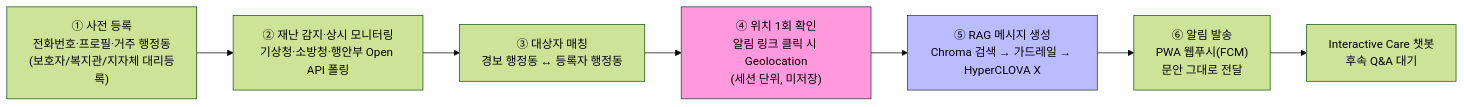
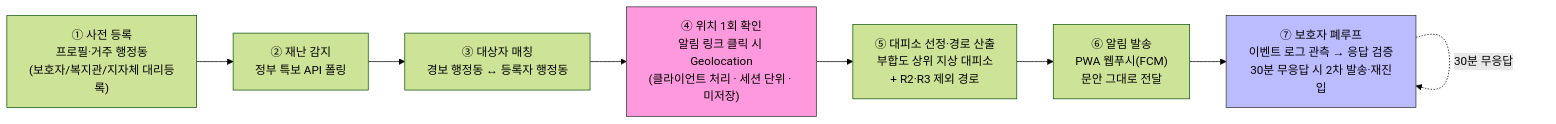
The second of 5 diagrams in docs/공통_가이드/아키텍처.md (team-savers/savers-project), drawn with Mermaid (forest theme) before and after one commit. The commit also changed other lines of this file and 15 other files, not shown here.

````diff
--- a/docs/공통_가이드/아키텍처.md
+++ b/docs/공통_가이드/아키텍처.md
@@ -18,12 +43,13 @@
 ```mermaid
 flowchart LR
-    A["① 사전 등록<br/>전화번호·프로필·거주 행정동<br/>(보호자/복지관/지자체 대리등록)"] --> B["② 재난 감지·상시 모니터링<br/>기상청·소방청·행안부 Open API 폴링"]
+    A["① 사전 등록<br/>프로필·거주 행정동<br/>(보호자/복지관/지자체 대리등록)"] --> B["② 재난 감지<br/>정부 특보 API 폴링"]
     B --> C["③ 대상자 매칭<br/>경보 행정동 ↔ 등록자 행정동"]
-    C --> D["④ 위치 1회 확인<br/>알림 링크 클릭 시 Geolocation<br/>(세션 단위, 미저장)"]
-    D --> E["⑤ RAG 메시지 생성<br/>Chroma 검색 → 가드레일 → HyperCLOVA X"]
+    C --> D["④ 위치 1회 확인<br/>알림 링크 클릭 시 Geolocation<br/>(클라이언트 처리 · 세션 단위 · 미저장)"]
+    D --> E["⑤ 대피소 선정·경로 산출<br/>부합도 상위 지상 대피소<br/>+ R2·R3 제외 경로"]
     E --> F["⑥ 알림 발송<br/>PWA 웹푸시(FCM)<br/>문안 그대로 전달"]
-    F --> G["Interactive Care 챗봇<br/>후속 Q&A 대기"]
+    F --> G["⑦ 보호자 폐루프<br/>이벤트 로그 관측 → 응답 검증<br/>30분 무응답 시 2차 발송·재진입"]
+    G -.30분 무응답.-> G
 
     style D fill:#f9d,stroke:#333
-    style E fill:#bbf,stroke:#333
+    style G fill:#bbf,stroke:#333
 ```
````
